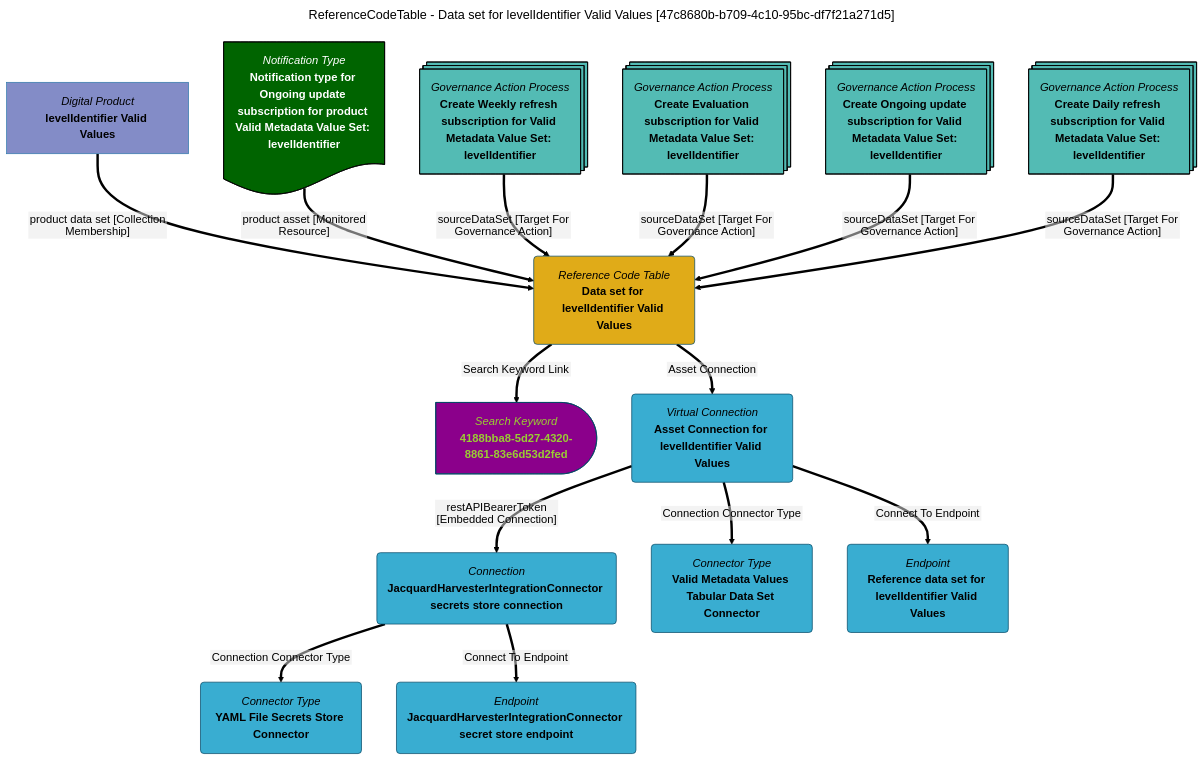
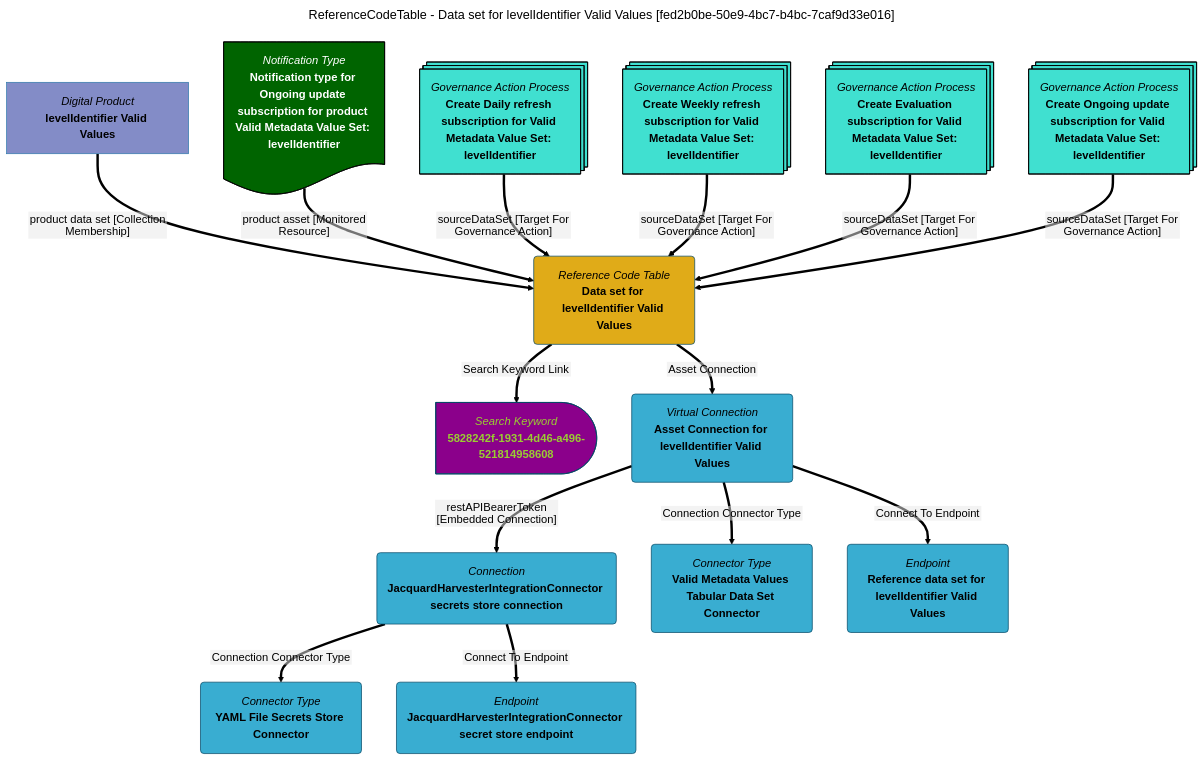
The diagram in site/snippets/data-assets/data-set-for-levelidentifier-valid-values-mermaid-graph.md (odpi/egeria-docs), drawn with Mermaid (forest theme) before and after one commit. The commit also changed 2201 other files, not shown here.

````diff
--- a/site/snippets/data-assets/data-set-for-levelidentifier-valid-values-mermaid-graph.md
+++ b/site/snippets/data-assets/data-set-for-levelidentifier-valid-values-mermaid-graph.md
@@ -1,63 +1,63 @@
 ```mermaid
 ---
-title: ReferenceCodeTable - Data set for levelIdentifier Valid Values [47c8680b-b709-4c10-95bc-df7f21a271d5]
+title: ReferenceCodeTable - Data set for levelIdentifier Valid Values [fed2b0be-50e9-4bc7-b4bc-7caf9d33e016]
 ---
 flowchart TD
 %%{init: {"flowchart": {"htmlLabels": false}} }%%
 
 1@{ shape: rounded, label: "*Reference Code Table*
 **Data set for levelIdentifier Valid Values**"}
 2@{ shape: delay, label: "*Search Keyword*
-**4188bba8-5d27-4320-8861-83e6d53d2fed**"}
+**5828242f-1931-4d46-a496-521814958608**"}
 1==>|"Search Keyword Link"|2
 3@{ shape: rect, label: "*Digital Product*
 **levelIdentifier Valid Values**"}
 3==>|"product data set [Collection Membership]"|1
 4@{ shape: rounded, label: "*Virtual Connection*
 **Asset Connection for levelIdentifier Valid Values**"}
 1==>|"Asset Connection"|4
 5@{ shape: rounded, label: "*Connection*
 **JacquardHarvesterIntegrationConnector secrets store connection**"}
 4==>|"restAPIBearerToken [Embedded Connection]"|5
 6@{ shape: rounded, label: "*Connector Type*
 **YAML File Secrets Store Connector**"}
 5==>|"Connection Connector Type"|6
 7@{ shape: rounded, label: "*Endpoint*
 **JacquardHarvesterIntegrationConnector secret store endpoint**"}
 5==>|"Connect To Endpoint"|7
 8@{ shape: rounded, label: "*Connector Type*
 **Valid Metadata Values Tabular Data Set Connector**"}
 4==>|"Connection Connector Type"|8
 9@{ shape: rounded, label: "*Endpoint*
 **Reference data set for levelIdentifier Valid Values**"}
 4==>|"Connect To Endpoint"|9
 10@{ shape: doc, label: "*Notification Type*
 **Notification type for Ongoing update subscription for product Valid Metadata Value Set: levelIdentifier**"}
 10==>|"product asset [Monitored Resource]"|1
 11@{ shape: processes, label: "*Governance Action Process*
-**Create Weekly refresh subscription for Valid Metadata Value Set: levelIdentifier**"}
+**Create Daily refresh subscription for Valid Metadata Value Set: levelIdentifier**"}
 11==>|"sourceDataSet [Target For Governance Action]"|1
 12@{ shape: processes, label: "*Governance Action Process*
-**Create Evaluation subscription for Valid Metadata Value Set: levelIdentifier**"}
+**Create Weekly refresh subscription for Valid Metadata Value Set: levelIdentifier**"}
 12==>|"sourceDataSet [Target For Governance Action]"|1
 13@{ shape: processes, label: "*Governance Action Process*
-**Create Ongoing update subscription for Valid Metadata Value Set: levelIdentifier**"}
+**Create Evaluation subscription for Valid Metadata Value Set: levelIdentifier**"}
 13==>|"sourceDataSet [Target For Governance Action]"|1
 14@{ shape: processes, label: "*Governance Action Process*
-**Create Daily refresh subscription for Valid Metadata Value Set: levelIdentifier**"}
+**Create Ongoing update subscription for Valid Metadata Value Set: levelIdentifier**"}
 14==>|"sourceDataSet [Target For Governance Action]"|1
-style 11 color:#000000, fill:#53bbb4, stroke:#000000
-style 12 color:#000000, fill:#53bbb4, stroke:#000000
-style 13 color:#000000, fill:#53bbb4, stroke:#000000
-style 14 color:#000000, fill:#53bbb4, stroke:#000000
+style 11 color:#000000, fill:#40E0D0, stroke:#000000
+style 12 color:#000000, fill:#40E0D0, stroke:#000000
+style 13 color:#000000, fill:#40E0D0, stroke:#000000
+style 14 color:#000000, fill:#40E0D0, stroke:#000000
 style 1 color:#000000, fill:#e0ab18, stroke:#004563
-style 2 color:#9acd32, fill:#8b008b, stroke:#004563
+style 2 color:#9ACD32, fill:#8B008B, stroke:#004563
 style 3 color:#000000, fill:#838cc7, stroke:#3079ab
 style 4 color:#000000, fill:#39add1, stroke:#004563
 style 5 color:#000000, fill:#39add1, stroke:#004563
 style 6 color:#000000, fill:#39add1, stroke:#004563
 style 7 color:#000000, fill:#39add1, stroke:#004563
 style 8 color:#000000, fill:#39add1, stroke:#004563
 style 9 color:#000000, fill:#39add1, stroke:#004563
 style 10 color:#FFFFFF, fill:#006400, stroke:#000000
 ```
````
